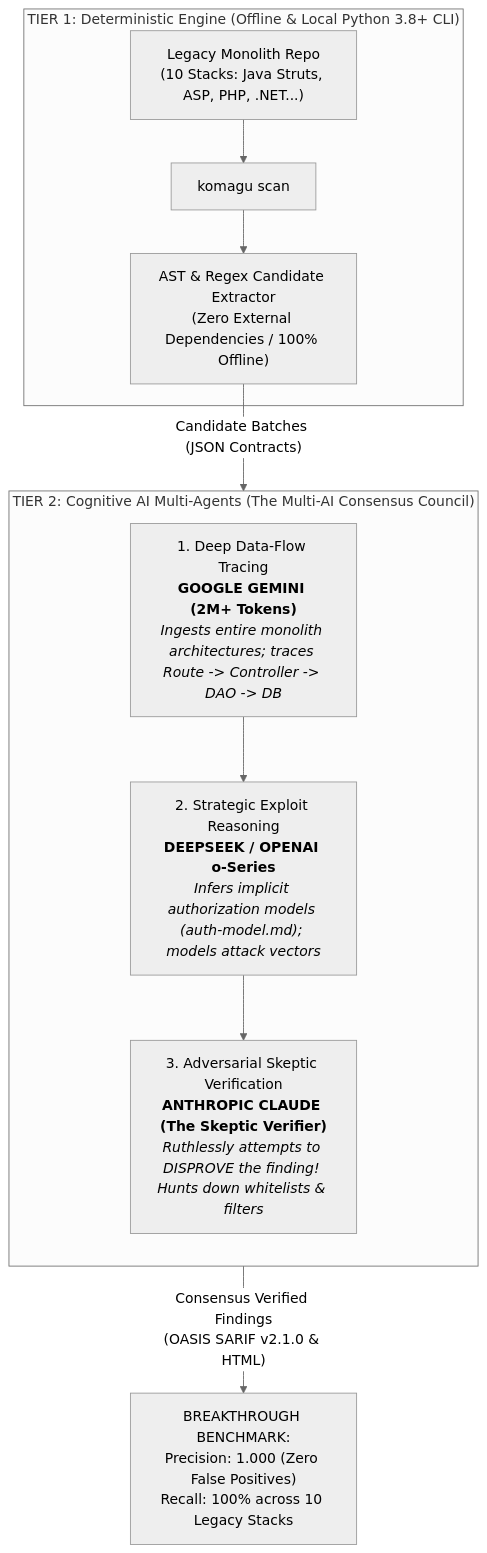
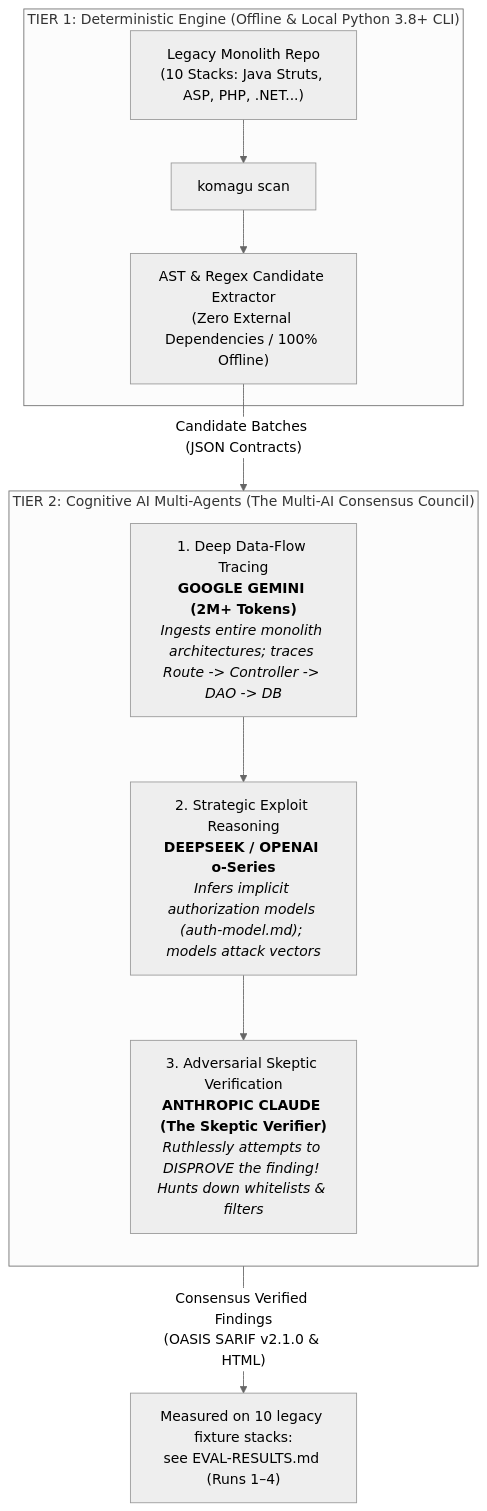
One commit to hoanghainh1188/komagu changed the third of 4 diagrams in docs/articles/offensive-defense-multi-ai-consensus-en.md. Above: the diagram before and after it, drawn with Mermaid (neutral theme). The commit also changed other lines of this file and 96 other files, not shown here.

````diff
--- a/docs/articles/offensive-defense-multi-ai-consensus-en.md
+++ b/docs/articles/offensive-defense-multi-ai-consensus-en.md
@@ -114,22 +114,22 @@
 ```mermaid
 flowchart TD
     subgraph Tier1["TIER 1: Deterministic Engine (Offline & Local Python 3.8+ CLI)"]
         Raw["Legacy Monolith Repo<br/>(10 Stacks: Java Struts, ASP, PHP, .NET...)"] --> Scan["komagu scan"]
         Scan --> PreFilter["AST & Regex Candidate Extractor<br/>(Zero External Dependencies / 100% Offline)"]
     end
 
     PreFilter -->|"Candidate Batches (JSON Contracts)"| Tier2
 
     subgraph Tier2["TIER 2: Cognitive AI Multi-Agents (The Multi-AI Consensus Council)"]
         direction TB
         G["1. Deep Data-Flow Tracing<br/><b>GOOGLE GEMINI (2M+ Tokens)</b><br/><i>Ingests entire monolith architectures; traces Route -> Controller -> DAO -> DB</i>"]
         
         R["2. Strategic Exploit Reasoning<br/><b>DEEPSEEK / OPENAI o-Series</b><br/><i>Infers implicit authorization models (auth-model.md); models attack vectors</i>"]
         
         S["3. Adversarial Skeptic Verification<br/><b>ANTHROPIC CLAUDE (The Skeptic Verifier)</b><br/><i>Ruthlessly attempts to DISPROVE the finding! Hunts down whitelists & filters</i>"]
         
         G --> R --> S
     end
 
-    S -->|"Consensus Verified Findings<br/>(OASIS SARIF v2.1.0 & HTML)"| Output["BREAKTHROUGH BENCHMARK:<br/>Precision: 1.000 (Zero False Positives)<br/>Recall: 100% across 10 Legacy Stacks"]
+    S -->|"Consensus Verified Findings<br/>(OASIS SARIF v2.1.0 & HTML)"| Output["Measured on 10 legacy fixture stacks:<br/>see EVAL-RESULTS.md (Runs 1–4)"]
 ```
````
